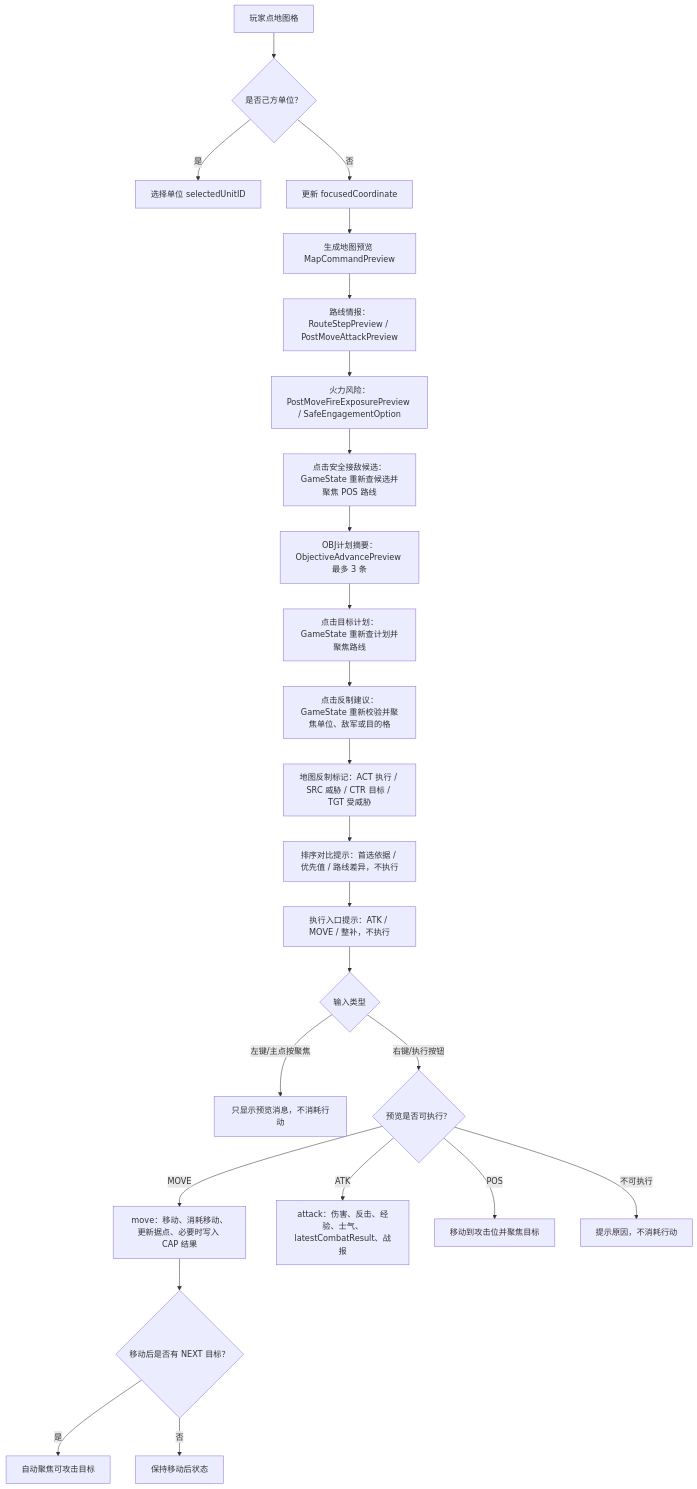
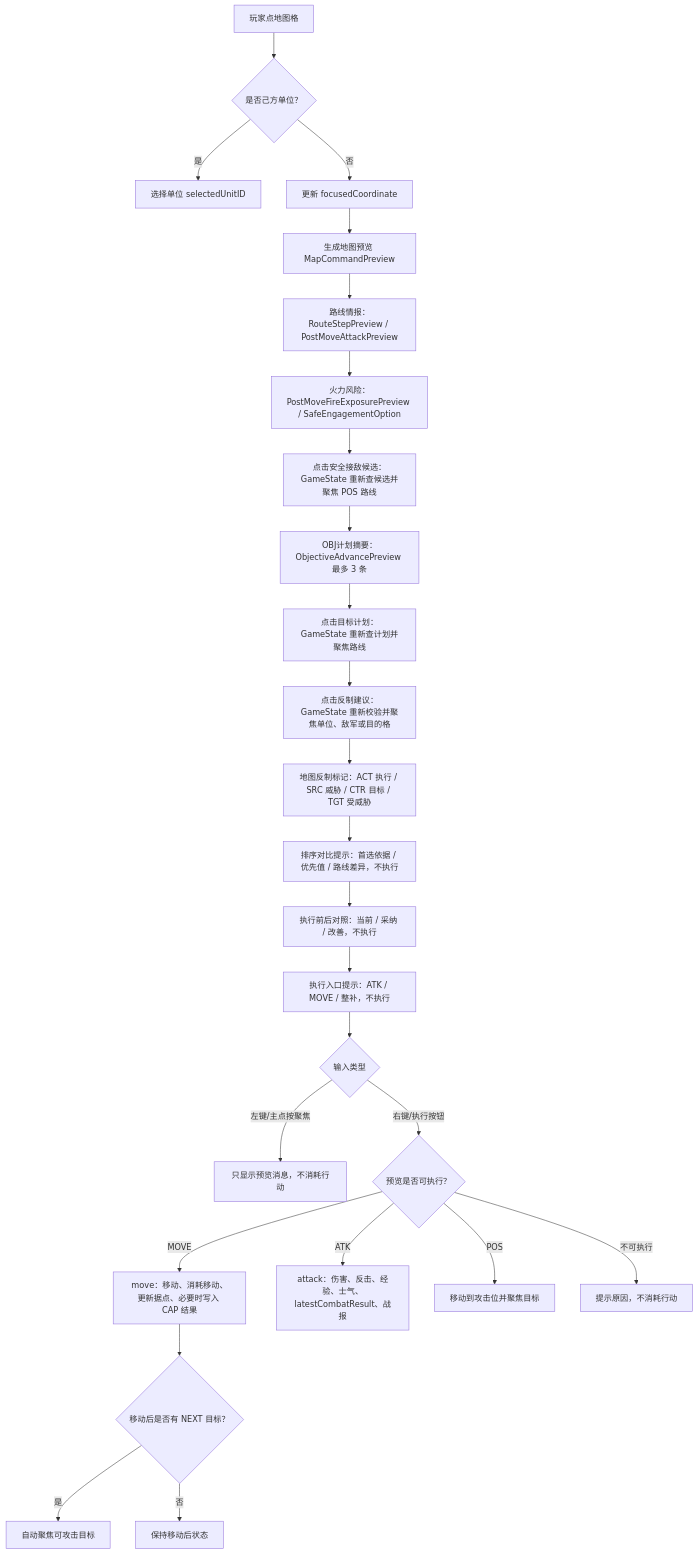
The second of 5 diagrams in md/flow/flowchart.md (Altman-sam114/116), drawn with Mermaid before and after one commit. The commit also changed other lines of this file and 10 other files, not shown here.

````diff
--- a/md/flow/flowchart.md
+++ b/md/flow/flowchart.md
@@ -36,26 +38,27 @@
 ```mermaid
 flowchart TD
   A["玩家点地图格"] --> B{"是否己方单位？"}
   B -->|是| C["选择单位 selectedUnitID"]
   B -->|否| D["更新 focusedCoordinate"]
   D --> E["生成地图预览 MapCommandPreview"]
   E --> R["路线情报：RouteStepPreview / PostMoveAttackPreview"]
   R --> X["火力风险：PostMoveFireExposurePreview / SafeEngagementOption"]
   X --> SP["点击安全接敌候选：GameState 重新查候选并聚焦 POS 路线"]
   SP --> OP["OBJ计划摘要：ObjectiveAdvancePreview 最多 3 条"]
   OP --> OC["点击目标计划：GameState 重新查计划并聚焦路线"]
   OC --> CM["点击反制建议：GameState 重新校验并聚焦单位、敌军或目的格"]
   CM --> MK["地图反制标记：ACT 执行 / SRC 威胁 / CTR 目标 / TGT 受威胁"]
   MK --> PR["排序对比提示：首选依据 / 优先值 / 路线差异，不执行"]
-  PR --> EB["执行入口提示：ATK / MOVE / 整补，不执行"]
+  PR --> IP["执行前后对照：当前 / 采纳 / 改善，不执行"]
+  IP --> EB["执行入口提示：ATK / MOVE / 整补，不执行"]
   EB --> F{"输入类型"}
   F -->|左键/主点按聚焦| G["只显示预览消息，不消耗行动"]
   F -->|右键/执行按钮| H{"预览是否可执行？"}
   H -->|MOVE| I["move：移动、消耗移动、更新据点、必要时写入 CAP 结果"]
   H -->|ATK| J["attack：伤害、反击、经验、士气、latestCombatResult、战报"]
   H -->|POS| K["移动到攻击位并聚焦目标"]
   H -->|不可执行| L["提示原因，不消耗行动"]
   I --> M{"移动后是否有 NEXT 目标？"}
   M -->|是| N["自动聚焦可攻击目标"]
   M -->|否| O["保持移动后状态"]
 ```
````
